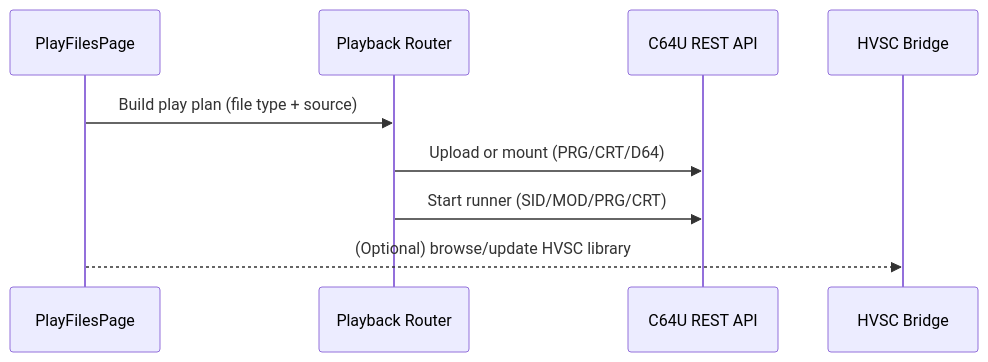
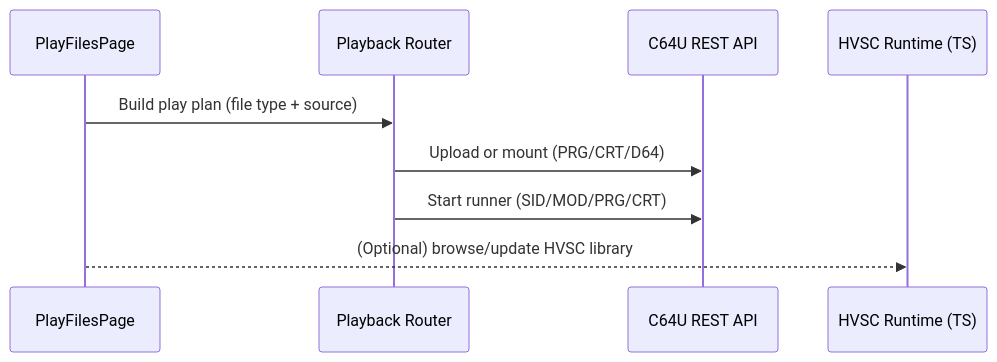
The second of 4 diagrams in doc/architecture.md (chrisgleissner/c64commander), drawn with Mermaid before and after one commit. The commit also changed other lines of this file and 23 other files, not shown here.

````diff
--- a/doc/architecture.md
+++ b/doc/architecture.md
@@ -28,12 +28,12 @@
 ```mermaid
 sequenceDiagram
   participant UI as PlayFilesPage
   participant Router as Playback Router
   participant C64U as C64U REST API
-  participant HVSC as HVSC Bridge
+  participant HVSC as HVSC Runtime (TS)
 
   UI->>Router: Build play plan (file type + source)
   Router->>C64U: Upload or mount (PRG/CRT/D64)
   Router->>C64U: Start runner (SID/MOD/PRG/CRT)
   UI-->>HVSC: (Optional) browse/update HVSC library
 ```
````
